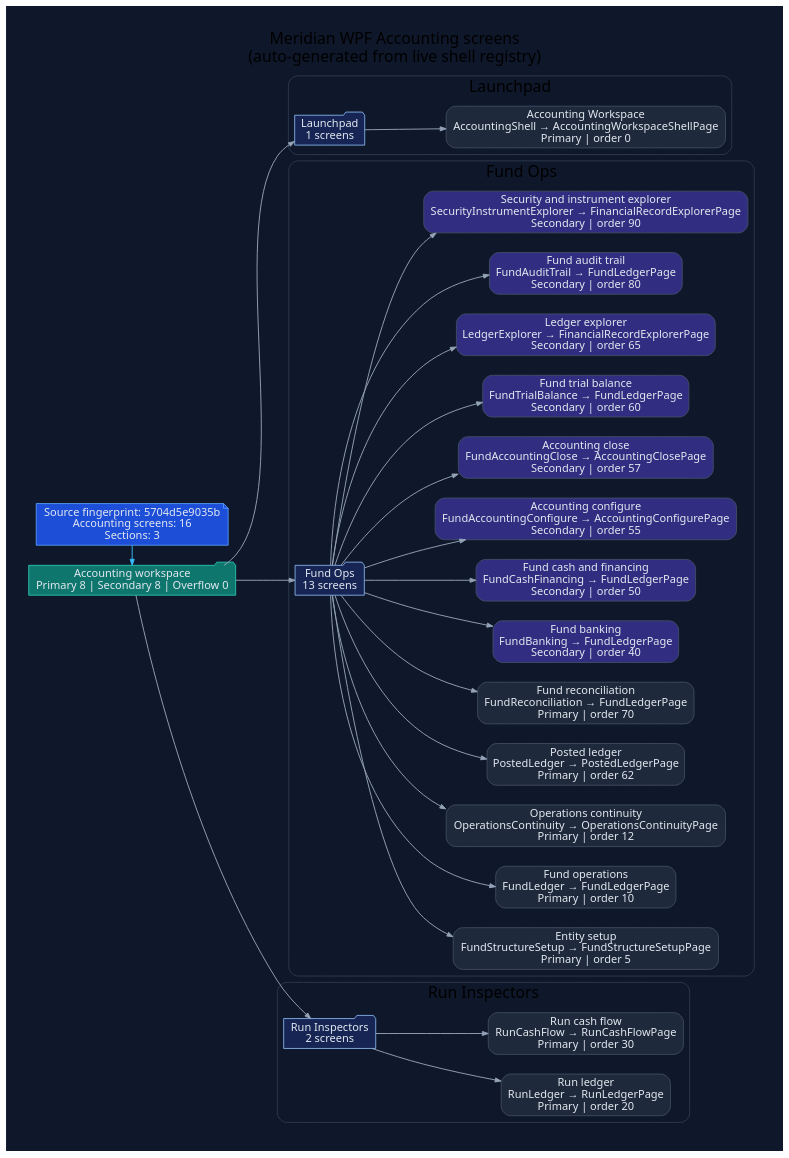
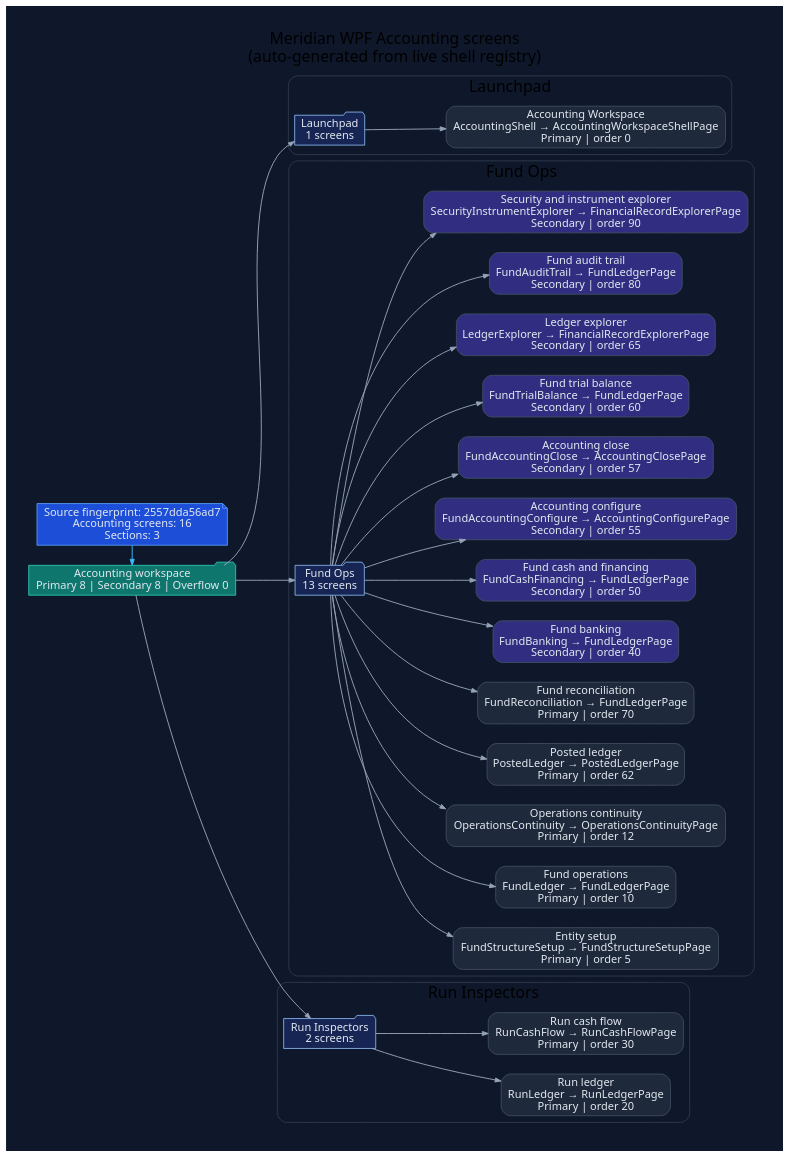
The diagram in docs/diagrams/ui/ui-wpf-screens-accounting.dot (rodoHasArrived/Meridian-main), drawn with Graphviz before and after one commit. The commit also changed 45 other files, not shown here.

Commit message:
Regenerate WPF diagrams for tenant startup readiness

```diff
--- a/docs/diagrams/ui/ui-wpf-screens-accounting.dot
+++ b/docs/diagrams/ui/ui-wpf-screens-accounting.dot
@@ -1,82 +1,82 @@
 // -----------------------------------------------------------------------------
 // <auto-generated>
 // Generated by scripts/generate-diagrams.mjs.
 // Do not edit this file directly; update the WPF source files instead.
 // -----------------------------------------------------------------------------
 digraph WpfAccountingScreens {
   graph [
     rankdir=LR,
     labelloc=t,
     label="Meridian WPF Accounting screens\n(auto-generated from live shell registry)",
     fontname="Segoe UI",
     fontsize=20,
     pad=0.4,
     nodesep=0.35,
     ranksep=0.85,
     bgcolor="#0f172a"
   ];
   node [fontname="Segoe UI", shape=box, style="rounded,filled", color="#475569", fontcolor="#e2e8f0", fillcolor="#1e293b"];
   edge [fontname="Segoe UI", color="#94a3b8", penwidth=1.2, arrowsize=0.75];
 
-  generated [shape=note, fillcolor="#1d4ed8", color="#60a5fa", label="Source fingerprint: 5704d5e9035b\nAccounting screens: 16\nSections: 3"];
+  generated [shape=note, fillcolor="#1d4ed8", color="#60a5fa", label="Source fingerprint: 2557dda56ad7\nAccounting screens: 16\nSections: 3"];
   workspace [shape=folder, fillcolor="#0f766e", color="#2dd4bf", label="Accounting workspace\nPrimary 8 | Secondary 8 | Overflow 0"];
   generated -> workspace [color="#38bdf8"];
 
   subgraph cluster_section_1 {
     label="Launchpad";
     color="#334155";
     style="rounded";
     section_1 [shape=folder, fillcolor="#172554", color="#93c5fd", label="Launchpad\n1 screens"];
     workspace -> section_1;
     screen_AccountingShell [fillcolor="#1e293b", label="Accounting Workspace\nAccountingShell → AccountingWorkspaceShellPage\nPrimary | order 0"];
     section_1 -> screen_AccountingShell;
   }
 
   subgraph cluster_section_2 {
     label="Fund Ops";
     color="#334155";
     style="rounded";
     section_2 [shape=folder, fillcolor="#172554", color="#93c5fd", label="Fund Ops\n13 screens"];
     workspace -> section_2;
     screen_FundStructureSetup [fillcolor="#1e293b", label="Entity setup\nFundStructureSetup → FundStructureSetupPage\nPrimary | order 5"];
     section_2 -> screen_FundStructureSetup;
     screen_FundLedger [fillcolor="#1e293b", label="Fund operations\nFundLedger → FundLedgerPage\nPrimary | order 10"];
     section_2 -> screen_FundLedger;
     screen_OperationsContinuity [fillcolor="#1e293b", label="Operations continuity\nOperationsContinuity → OperationsContinuityPage\nPrimary | order 12"];
     section_2 -> screen_OperationsContinuity;
     screen_PostedLedger [fillcolor="#1e293b", label="Posted ledger\nPostedLedger → PostedLedgerPage\nPrimary | order 62"];
     section_2 -> screen_PostedLedger;
     screen_FundReconciliation [fillcolor="#1e293b", label="Fund reconciliation\nFundReconciliation → FundLedgerPage\nPrimary | order 70"];
     section_2 -> screen_FundReconciliation;
     screen_FundBanking [fillcolor="#312e81", label="Fund banking\nFundBanking → FundLedgerPage\nSecondary | order 40"];
     section_2 -> screen_FundBanking;
     screen_FundCashFinancing [fillcolor="#312e81", label="Fund cash and financing\nFundCashFinancing → FundLedgerPage\nSecondary | order 50"];
     section_2 -> screen_FundCashFinancing;
     screen_FundAccountingConfigure [fillcolor="#312e81", label="Accounting configure\nFundAccountingConfigure → AccountingConfigurePage\nSecondary | order 55"];
     section_2 -> screen_FundAccountingConfigure;
     screen_FundAccountingClose [fillcolor="#312e81", label="Accounting close\nFundAccountingClose → AccountingClosePage\nSecondary | order 57"];
     section_2 -> screen_FundAccountingClose;
     screen_FundTrialBalance [fillcolor="#312e81", label="Fund trial balance\nFundTrialBalance → FundLedgerPage\nSecondary | order 60"];
     section_2 -> screen_FundTrialBalance;
     screen_LedgerExplorer [fillcolor="#312e81", label="Ledger explorer\nLedgerExplorer → FinancialRecordExplorerPage\nSecondary | order 65"];
     section_2 -> screen_LedgerExplorer;
     screen_FundAuditTrail [fillcolor="#312e81", label="Fund audit trail\nFundAuditTrail → FundLedgerPage\nSecondary | order 80"];
     section_2 -> screen_FundAuditTrail;
     screen_SecurityInstrumentExplorer [fillcolor="#312e81", label="Security and instrument explorer\nSecurityInstrumentExplorer → FinancialRecordExplorerPage\nSecondary | order 90"];
     section_2 -> screen_SecurityInstrumentExplorer;
   }
 
   subgraph cluster_section_3 {
     label="Run Inspectors";
     color="#334155";
     style="rounded";
     section_3 [shape=folder, fillcolor="#172554", color="#93c5fd", label="Run Inspectors\n2 screens"];
     workspace -> section_3;
     screen_RunLedger [fillcolor="#1e293b", label="Run ledger\nRunLedger → RunLedgerPage\nPrimary | order 20"];
     section_3 -> screen_RunLedger;
     screen_RunCashFlow [fillcolor="#1e293b", label="Run cash flow\nRunCashFlow → RunCashFlowPage\nPrimary | order 30"];
     section_3 -> screen_RunCashFlow;
   }
 
   { rank=min; generated; workspace; }
 }
```
